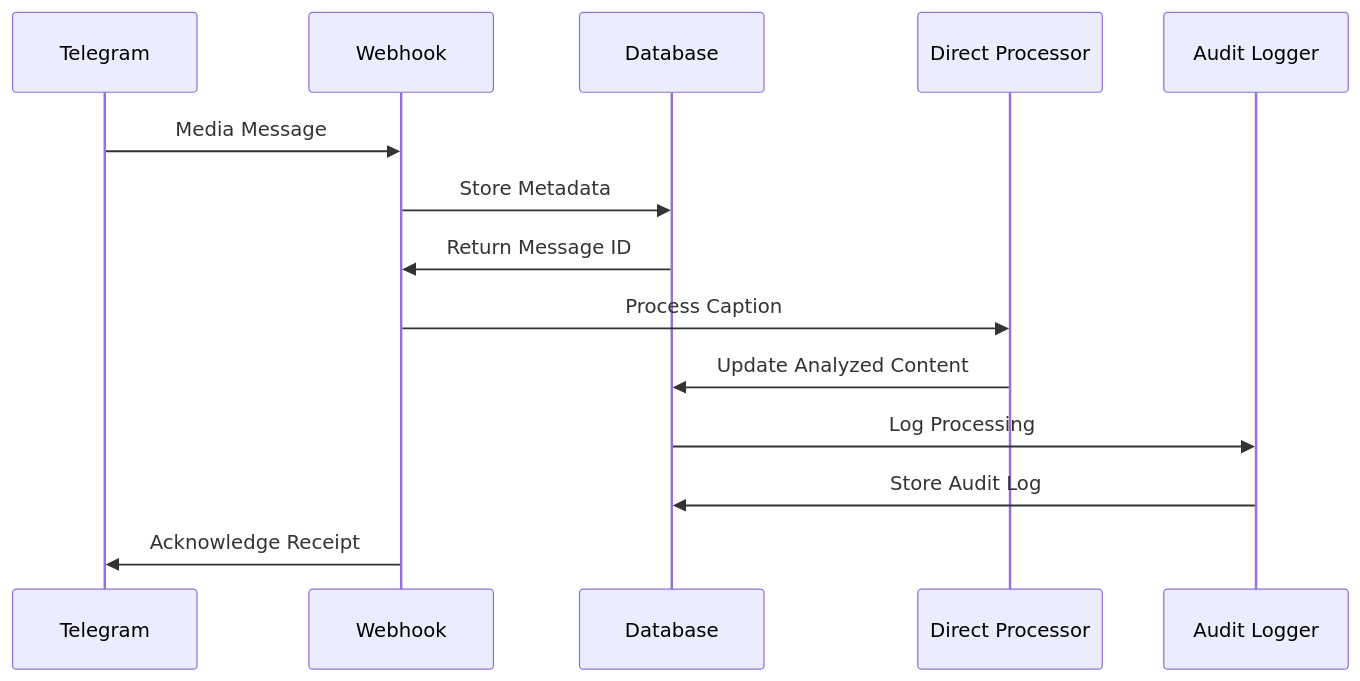
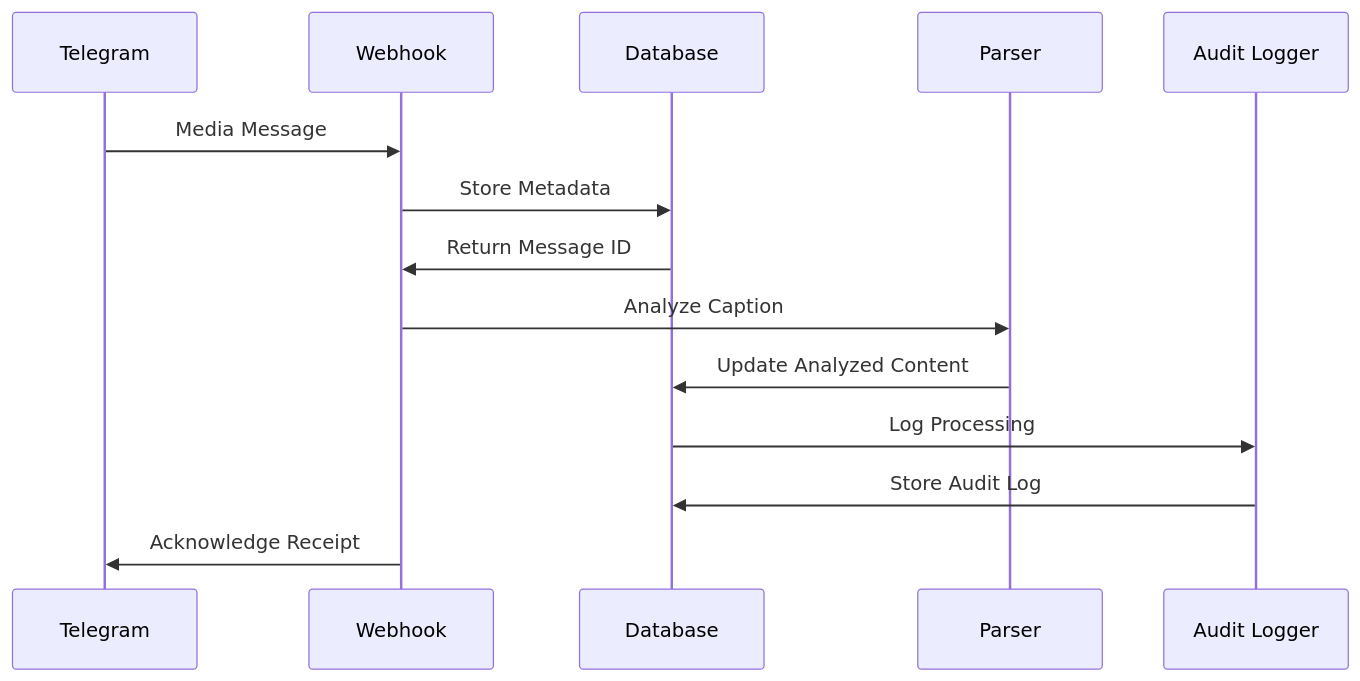
Before and after one commit to cmtkdot/xdelo-app: the first of 3 diagrams in docs/direct-caption-processing.md, drawn with Mermaid. The commit also changed other lines of this file and 121 other files, not shown here.

First line of the commit message:
Reverted to edit edt-16ac0385-ee73-427a-9c48-29a84cbe9c39: "Implement Telegram webhook flow

````diff
--- a/docs/direct-caption-processing.md
+++ b/docs/direct-caption-processing.md
@@ -5,17 +86,17 @@
 ```mermaid
 sequenceDiagram
     participant T as Telegram
     participant W as Webhook
     participant D as Database
-    participant P as Direct Processor
+    participant P as Parser
     participant A as Audit Logger
 
     T->>W: Media Message
     W->>D: Store Metadata
     D->>W: Return Message ID
-    W->>P: Process Caption
+    W->>P: Analyze Caption
     P->>D: Update Analyzed Content
     D->>A: Log Processing
     A->>D: Store Audit Log
     W->>T: Acknowledge Receipt
 ```
````
